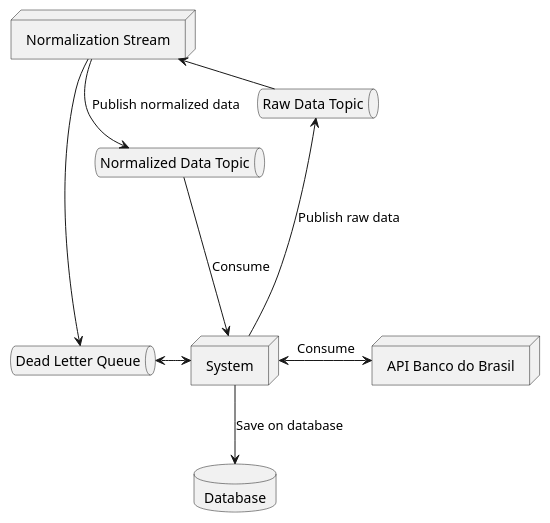
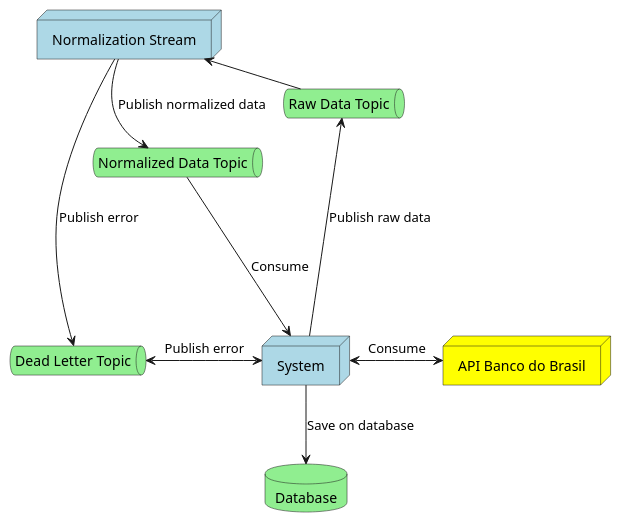
The diagram in docs/arquitetura.puml (Arthur-Luciani/extensao-II), drawn with PlantUML before and after one commit. The commit also changed 4 other files, not shown here.

```diff
--- a/docs/arquitetura.puml
+++ b/docs/arquitetura.puml
@@ -1,21 +1,21 @@
 @startuml
 
-node     "System"                as s
-node     "API Banco do Brasil"   as api
-queue    "Raw Data Topic"        as rawDataT
-queue    "Normalized Data Topic" as normalizedDataT
-queue    "Dead Letter Queue"     as dlq
-node     "Normalization Stream"  as ns
-database "Database"              as db
+node     "System"                as s #LightBlue
+node     "API Banco do Brasil"   as api #Yellow
+queue    "Raw Data Topic"        as rawDataT #LightGreen
+queue    "Normalized Data Topic" as normalizedDataT #LightGreen
+queue    "Dead Letter Topic"     as dlq #LightGreen
+node     "Normalization Stream"  as ns #LightBlue
+database "Database"              as db #LightGreen
 
 s               <->           api : Consume
 rawDataT        <--          s : Publish raw data
 ns              <-           rawDataT : Consume
 ns              -->          normalizedDataT : Publish normalized data
 normalizedDataT ->           s : Consume
 s               -->          db : Save on database
-dlq             <-           ns
+dlq             <-           ns : Publish error
 normalizedDataT -[hidden]--> dlq
-dlq <-> s
+dlq <-> s : Publish error
 
 @enduml
```
